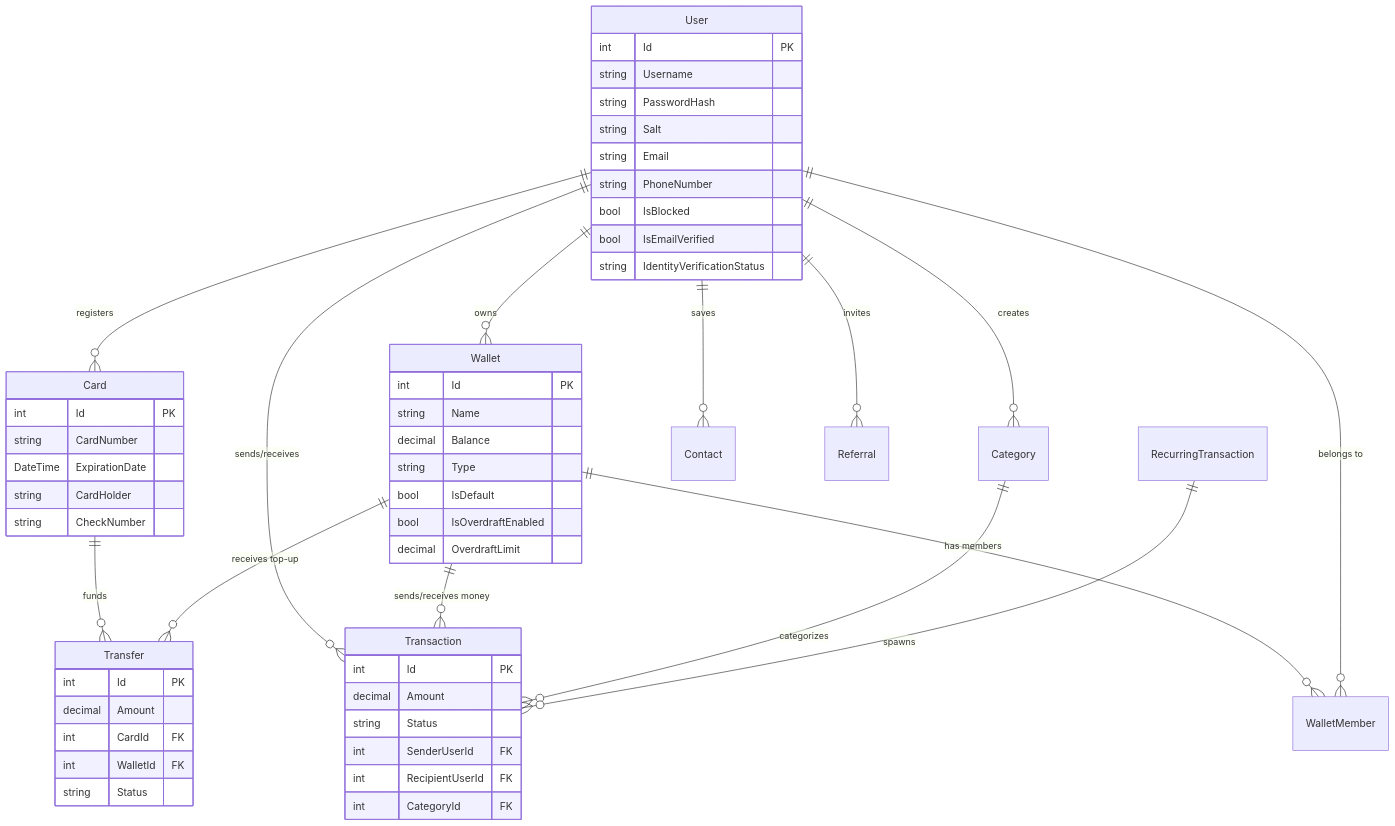
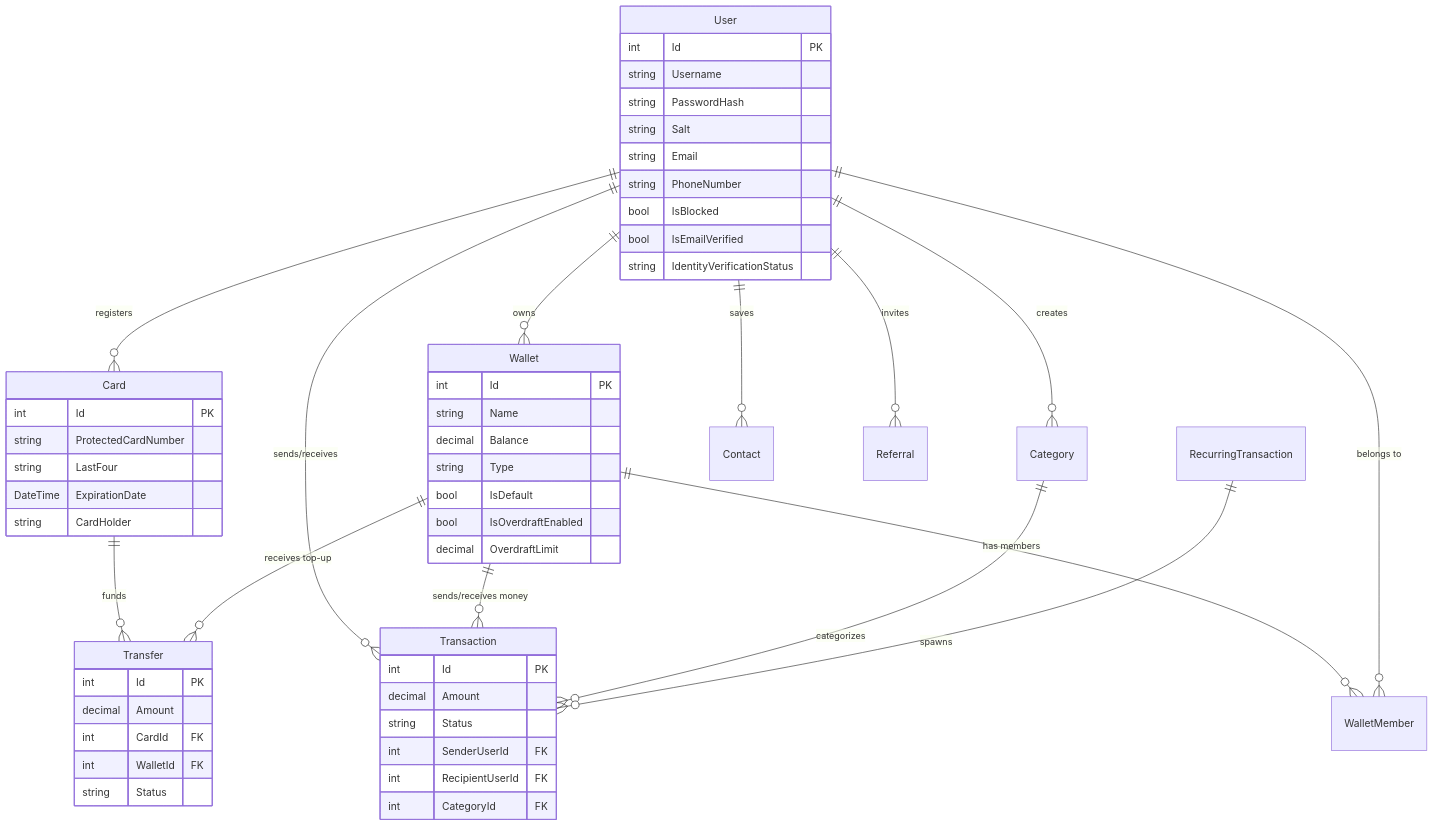
One commit to nedevbozhidar/VirtualWallet changed the diagram in README.md. Above: the diagram before and after it, drawn with Mermaid. The commit also changed other lines of this file and 22 other files, not shown here.

````diff
--- a/README.md
+++ b/README.md
@@ -46,63 +46,63 @@
 ```mermaid
 erDiagram
     User ||--o{ Card : "registers"
     User ||--o{ Wallet : "owns"
     User ||--o{ Transaction : "sends/receives"
     User ||--o{ Category : "creates"
     User ||--o{ Contact : "saves"
     User ||--o{ Referral : "invites"
     Card ||--o{ Transfer : "funds"
     Wallet ||--o{ Transfer : "receives top-up"
     Wallet ||--o{ Transaction : "sends/receives money"
     Wallet ||--o{ WalletMember : "has members"
     User ||--o{ WalletMember : "belongs to"
     Category ||--o{ Transaction : "categorizes"
     RecurringTransaction ||--o{ Transaction : "spawns"
 
     User {
         int Id PK
         string Username
         string PasswordHash
         string Salt
         string Email
         string PhoneNumber
         bool IsBlocked
         bool IsEmailVerified
         string IdentityVerificationStatus
     }
 
     Wallet {
         int Id PK
         string Name
         decimal Balance
         string Type
         bool IsDefault
         bool IsOverdraftEnabled
         decimal OverdraftLimit
     }
 
     Card {
         int Id PK
-        string CardNumber
+        string ProtectedCardNumber
+        string LastFour
         DateTime ExpirationDate
         string CardHolder
-        string CheckNumber
     }
 
     Transaction {
         int Id PK
         decimal Amount
         string Status
         int SenderUserId FK
         int RecipientUserId FK
         int CategoryId FK
     }
 
     Transfer {
         int Id PK
         decimal Amount
         int CardId FK
         int WalletId FK
         string Status
     }
 ```
````
